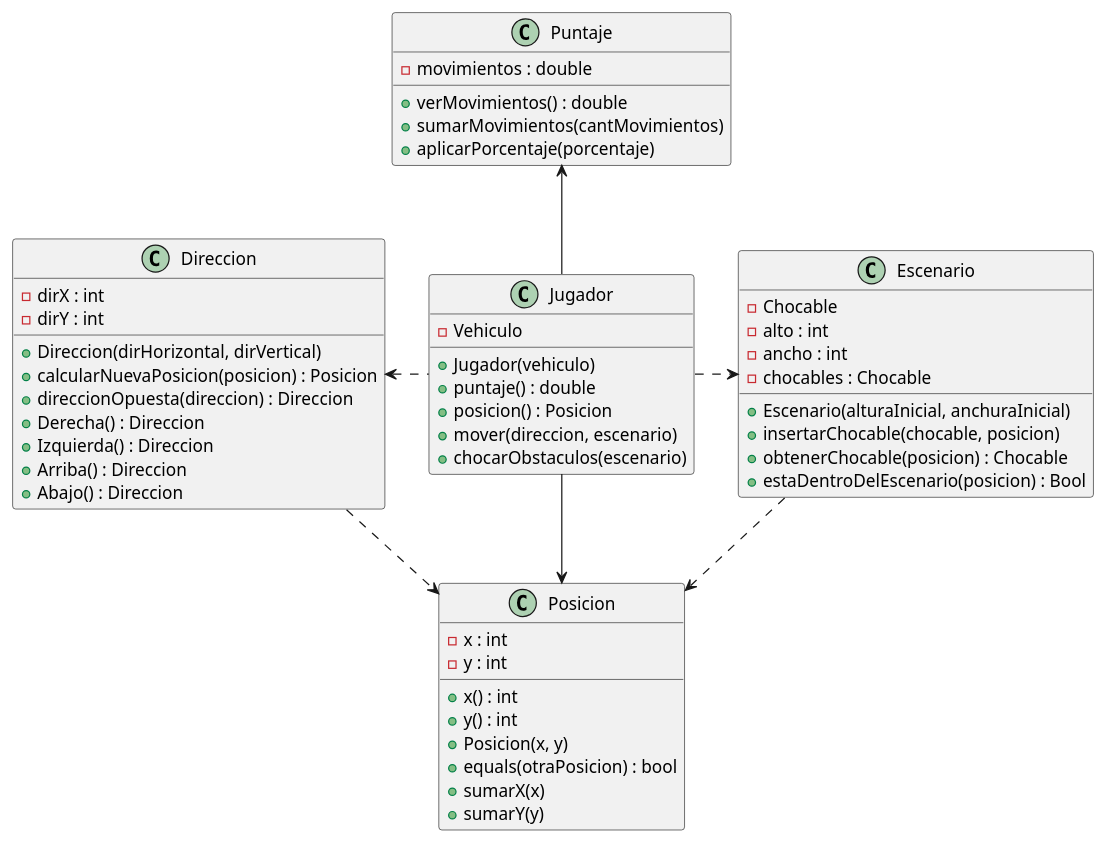
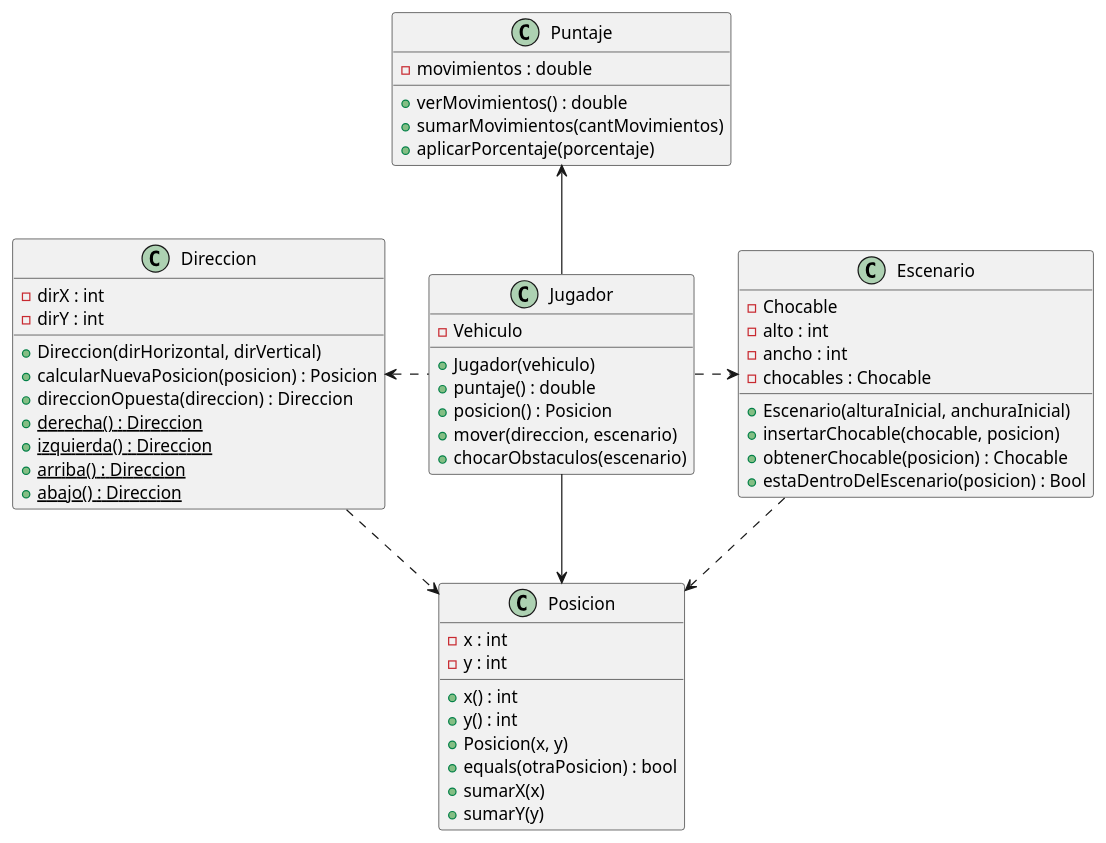
Before and after one commit to NestorPala/T17-GPSChallenge: the diagram in diagrams/classes/diagrama_general.puml, drawn with PlantUML. The commit also changed 3 other files, not shown here.

Commit message:
Actualizo diagramas de clases y secuencia

```diff
--- a/diagrams/classes/diagrama_general.puml
+++ b/diagrams/classes/diagrama_general.puml
@@ -1,65 +1,65 @@
 @startuml
 
 class Jugador {
     - Vehiculo
     + Jugador(vehiculo)
     + puntaje() : double
     + posicion() : Posicion
     + mover(direccion, escenario)
     + chocarObstaculos(escenario)
 }
 
 class Puntaje {
     - movimientos : double
     + verMovimientos() : double
     + sumarMovimientos(cantMovimientos)
     + aplicarPorcentaje(porcentaje)
 
 }
 
 class Direccion{
     - dirX : int
     - dirY : int
     + Direccion(dirHorizontal, dirVertical)
     + calcularNuevaPosicion(posicion) : Posicion
     + direccionOpuesta(direccion) : Direccion
-    + Derecha() : Direccion
-    + Izquierda() : Direccion
-    + Arriba() : Direccion
-    + Abajo() : Direccion
+    + derecha() : Direccion {static}
+    + izquierda() : Direccion {static}
+    + arriba() : Direccion {static}
+    + abajo() : Direccion {static}
 }
 
 class Escenario {
     - Chocable
     - alto : int
     - ancho : int
     - chocables : Chocable
-    + Escenario(alturaInicial, anchuraInicial) 
+    + Escenario(alturaInicial, anchuraInicial)
     + insertarChocable(chocable, posicion)
     + obtenerChocable(posicion) : Chocable
     + estaDentroDelEscenario(posicion) : Bool
 }
 
 class Posicion {
     - x : int
     - y : int
     + x() : int
     + y() : int
     + Posicion(x, y)
     + equals(otraPosicion) : bool
     + sumarX(x)
     + sumarY(y)
 }
 
 Puntaje <-- Jugador
 
 Posicion <-- Jugador
 Jugador .> Escenario
 
 Direccion .> Posicion
 Direccion <. Jugador
 
 Escenario ..> Posicion
 
 
 @enduml
```
